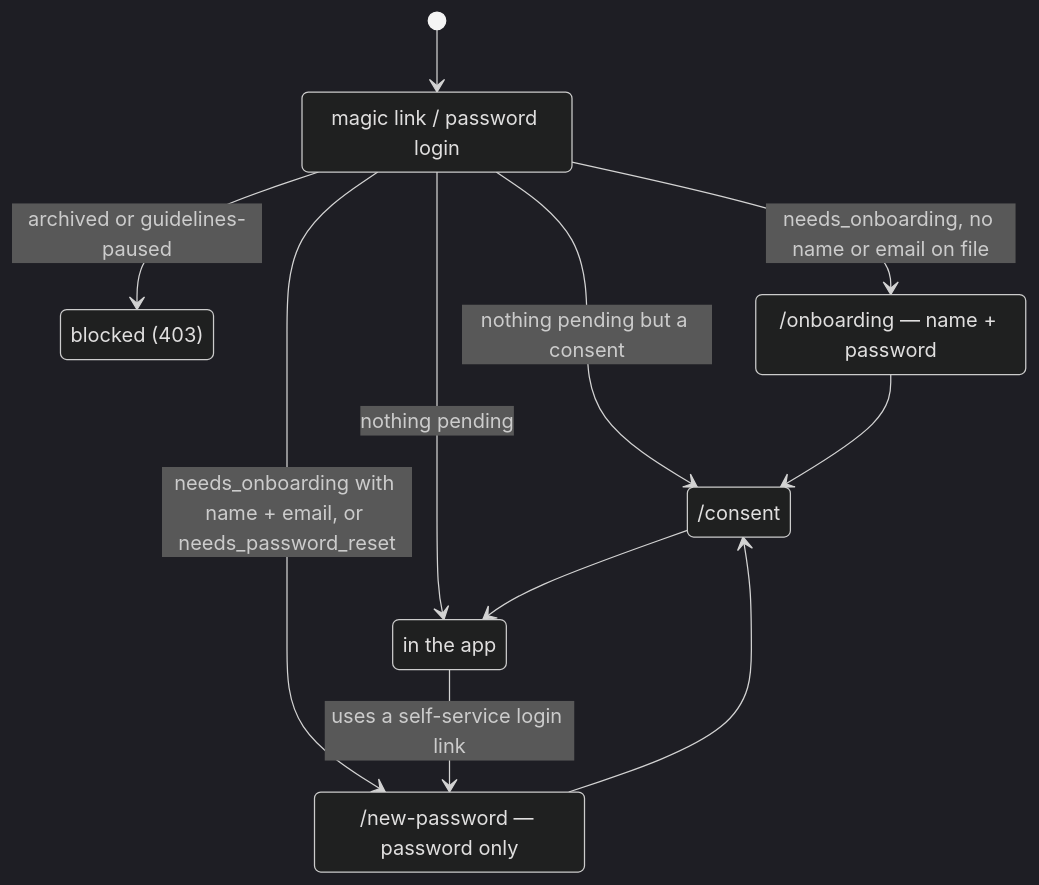
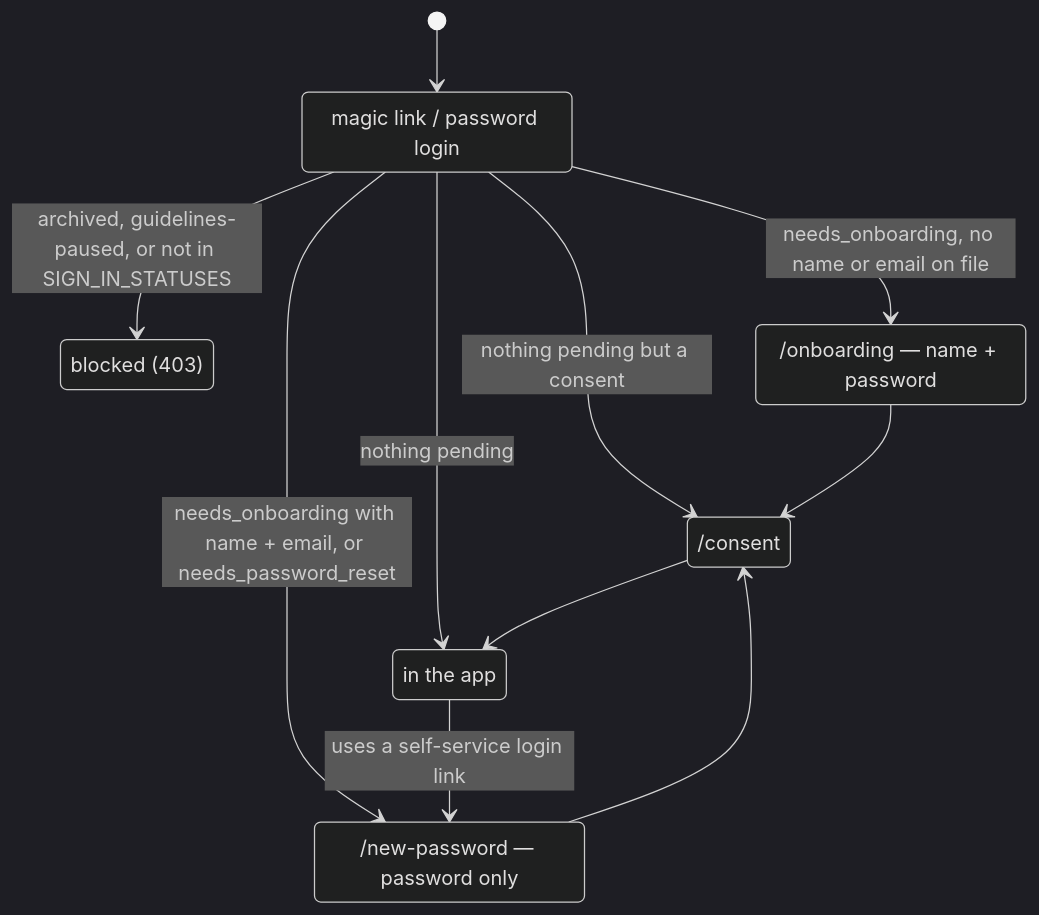
One commit to ProteinDeficientsAnonymous/pda changed the third of 3 diagrams in .claude/docs/user-states.md. Above: the diagram before and after it, drawn with Mermaid (dark theme). The commit also changed other lines of this file and 1 other file, not shown here.

````diff
--- a/.claude/docs/user-states.md
+++ b/.claude/docs/user-states.md
@@ -83,20 +103,20 @@
 ```mermaid
 stateDiagram-v2
     state "magic link / password login" as Login
     state "blocked (403)" as Blocked
     state "/onboarding — name + password" as Onboarding
     state "/new-password — password only" as NewPassword
     state "/consent" as Consent
     state "in the app" as Ready
 
     [*] --> Login
-    Login --> Blocked: archived or guidelines-paused
+    Login --> Blocked: archived, guidelines-paused, or not in SIGN_IN_STATUSES
     Login --> Onboarding: needs_onboarding, no name or email on file
     Login --> NewPassword: needs_onboarding with name + email, or needs_password_reset
     Login --> Consent: nothing pending but a consent
     Login --> Ready: nothing pending
     Onboarding --> Consent
     NewPassword --> Consent
     Consent --> Ready
     Ready --> NewPassword: uses a self-service login link
 ```
````
